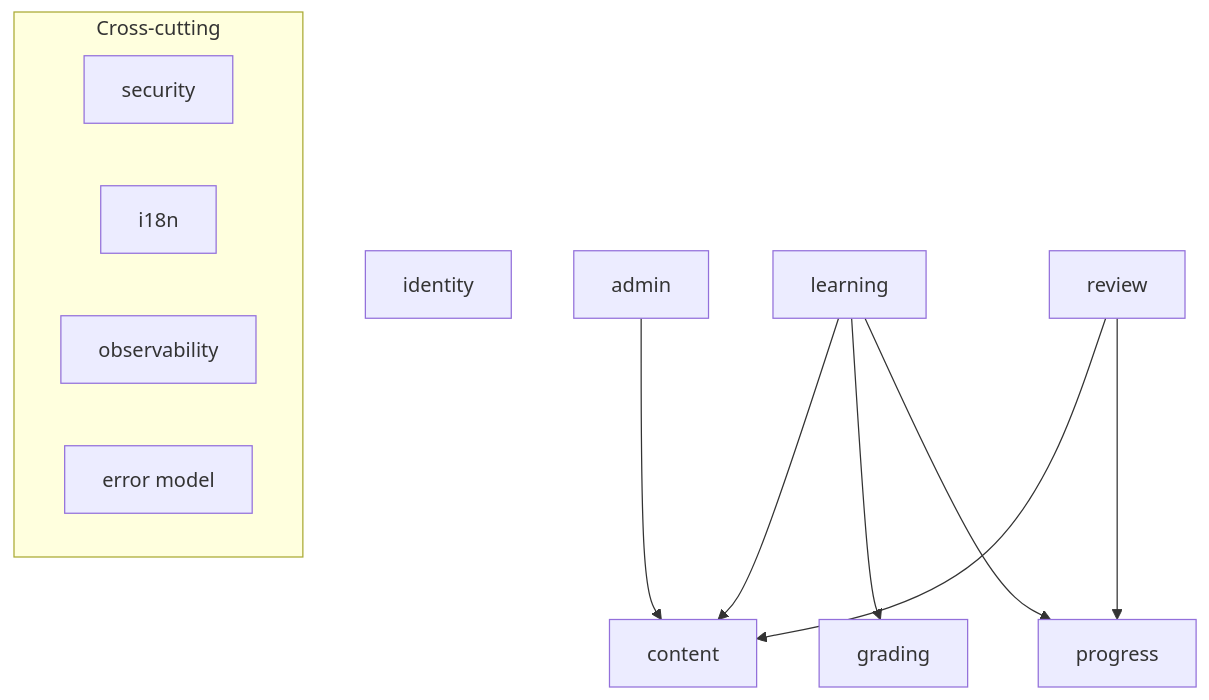
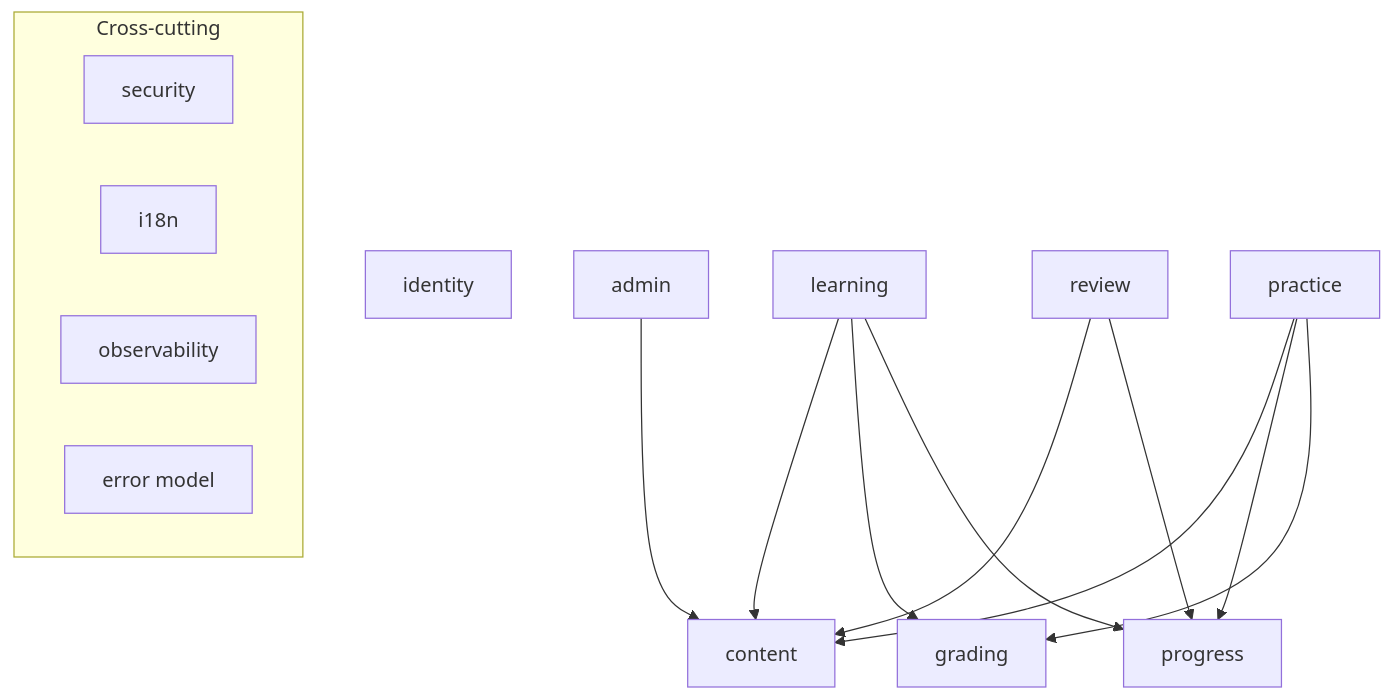
Before and after one commit to morshed-seu/shikhi: the first of 6 diagrams in docs/41-architecture-lld.md, drawn with Mermaid. The commit also changed other lines of this file and 44 other files, not shown here.

````diff
--- a/docs/41-architecture-lld.md
+++ b/docs/41-architecture-lld.md
@@ -25,16 +25,19 @@
 ```mermaid
 graph TD
     subgraph Cross-cutting
       SEC[security] ; I18N[i18n] ; OBS[observability] ; ERR[error model]
     end
     identity
     content
     learning --> content
     learning --> grading
     learning --> progress
     review --> content
     review --> progress
     admin --> content
+    practice --> content
+    practice --> progress
+    practice --> grading
     progress
     grading
 ```
````
